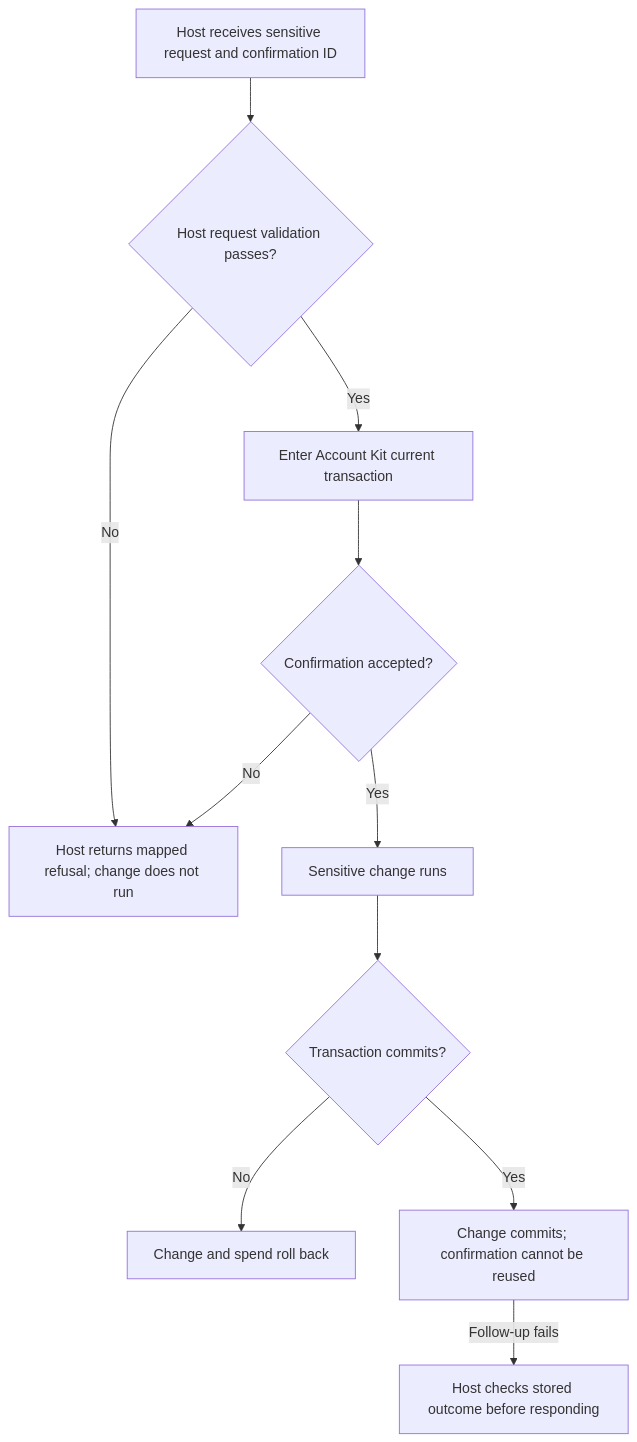
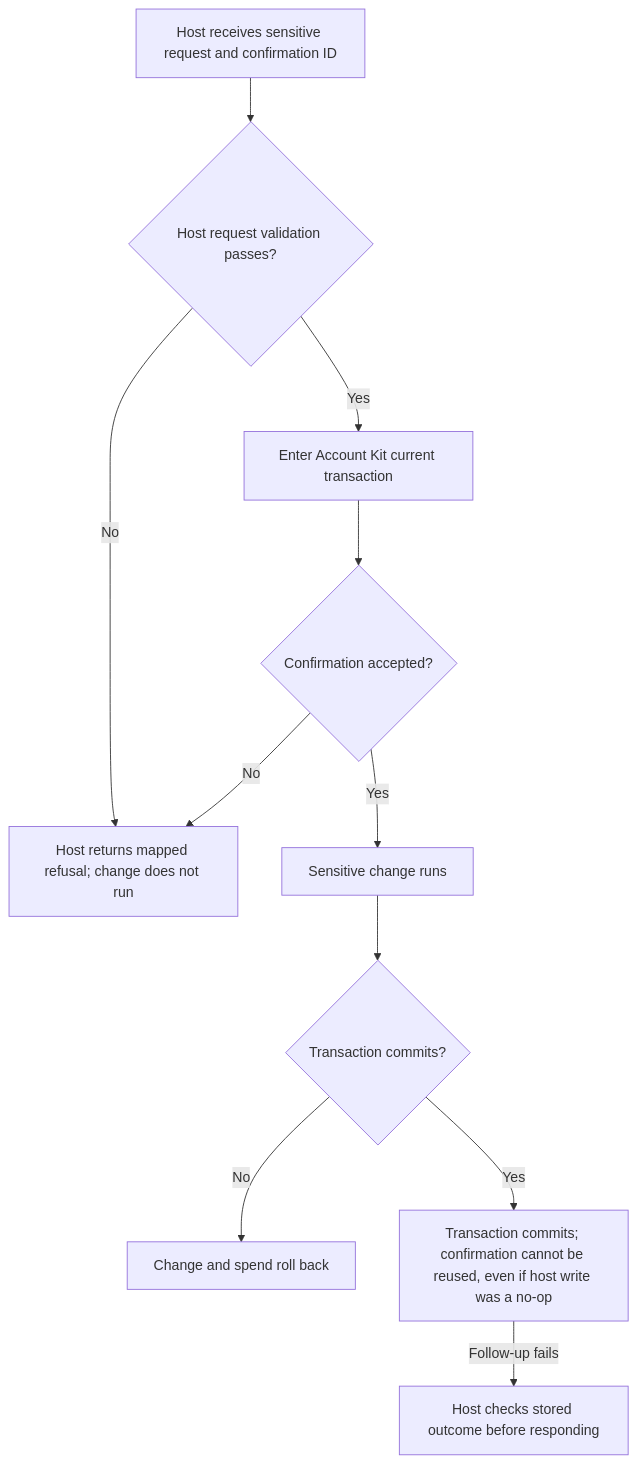
The first of 2 diagrams in user-stories/US-CONFIRM-02-spend-confirmation.md (Kevinjohn/oss-adonisjs-confirm-action-with-password), drawn with Mermaid before and after one commit. The commit also changed other lines of this file and 8 other files, not shown here.

````diff
--- a/user-stories/US-CONFIRM-02-spend-confirmation.md
+++ b/user-stories/US-CONFIRM-02-spend-confirmation.md
@@ -23,13 +23,13 @@
 ```mermaid
 flowchart TD
     A["Host receives sensitive request and confirmation ID"] --> B{"Host request validation passes?"}
     B -->|No| D
     B -->|Yes| B2["Enter Account Kit current transaction"]
     B2 --> C{"Confirmation accepted?"}
     C -->|No| D["Host returns mapped refusal; change does not run"]
     C -->|Yes| E["Sensitive change runs"]
     E --> F{"Transaction commits?"}
     F -->|No| G["Change and spend roll back"]
-    F -->|Yes| H["Change commits; confirmation cannot be reused"]
+    F -->|Yes| H["Transaction commits; confirmation cannot be reused, even if host write was a no-op"]
     H -->|Follow-up fails| I["Host checks stored outcome before responding"]
 ```
````
